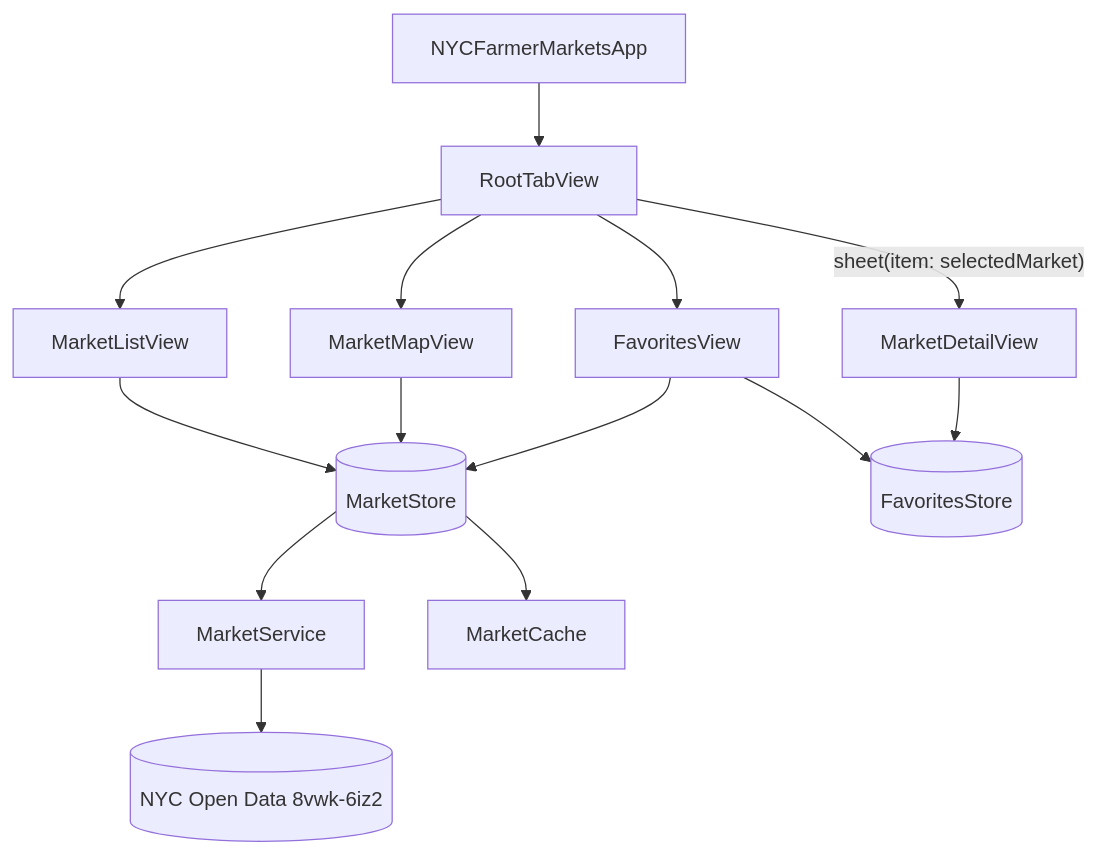
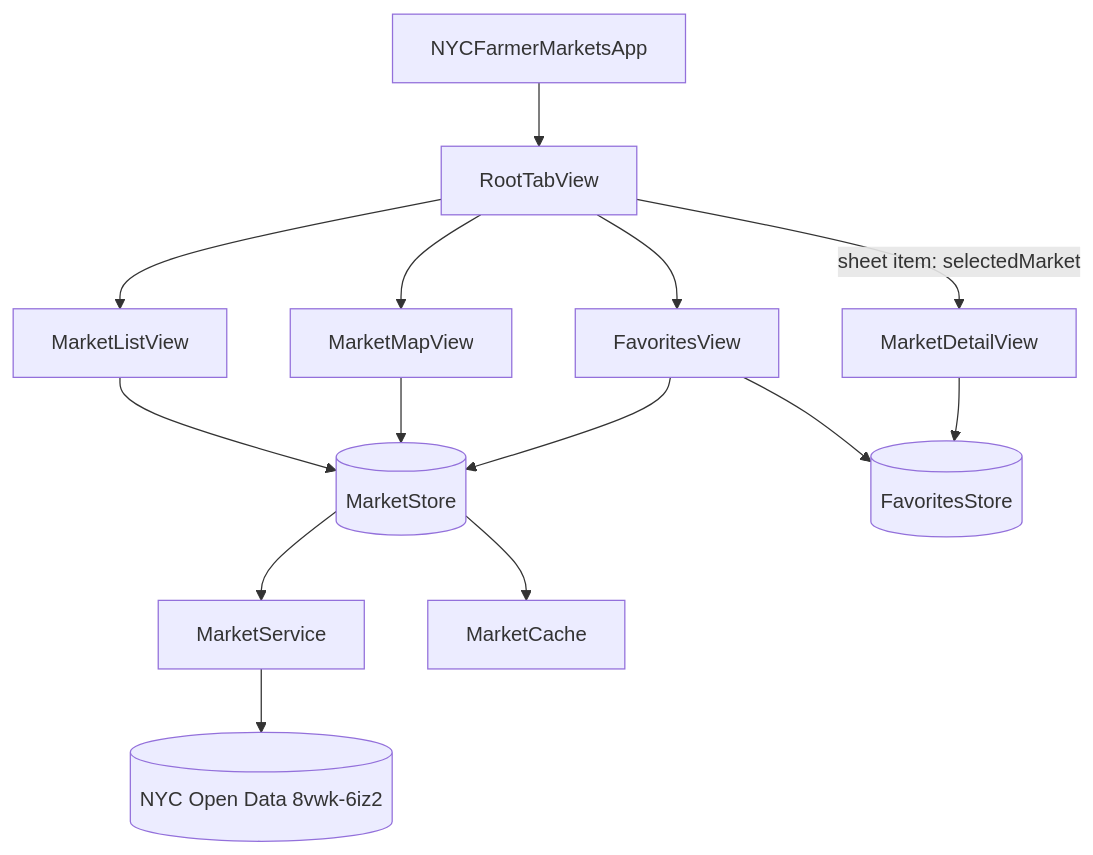
One commit to iyepes/NYCFarmerMarkets changed the diagram in .kiro/specs/nyc-farmer-markets/design.md. Above: the diagram before and after it, drawn with Mermaid. The commit also changed 1 other file, not shown here.

Commit message:
mermaid error corrected

````diff
--- a/.kiro/specs/nyc-farmer-markets/design.md
+++ b/.kiro/specs/nyc-farmer-markets/design.md
@@ -21,16 +21,16 @@
 ```mermaid
 flowchart TD
     App[NYCFarmerMarketsApp] --> Root[RootTabView]
     Root --> List[MarketListView]
     Root --> Map[MarketMapView]
     Root --> Fav[FavoritesView]
-    Root -- sheet(item: selectedMarket) --> Detail[MarketDetailView]
+    Root -->|"sheet item: selectedMarket"| Detail[MarketDetailView]
     List --> MS[(MarketStore)]
     Map --> MS
     Fav --> MS
     Detail --> FS[(FavoritesStore)]
     Fav --> FS
     MS --> Svc[MarketService]
     MS --> Cache[MarketCache]
-    Svc --> API[(NYC Open Data 8vwk-6iz2)]
+    Svc --> API[("NYC Open Data 8vwk-6iz2")]
 ```
````
